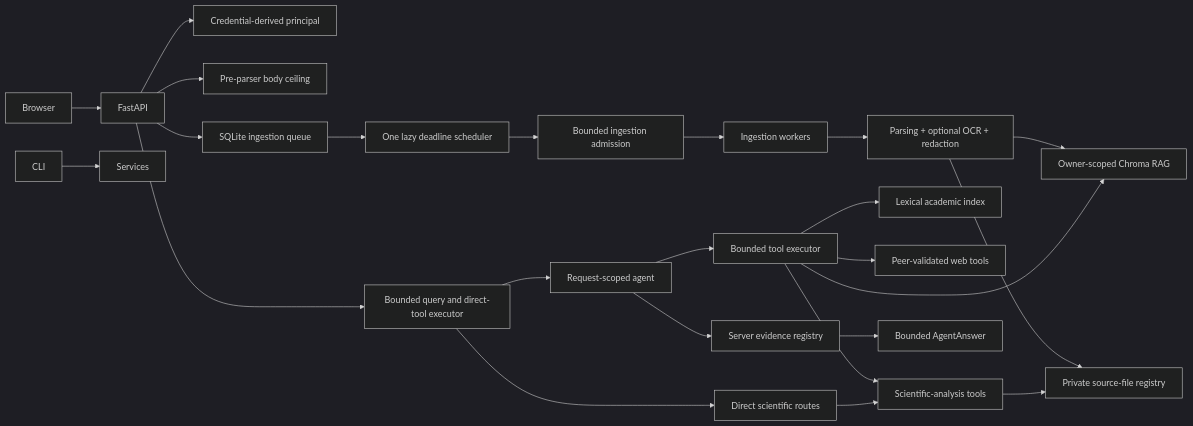
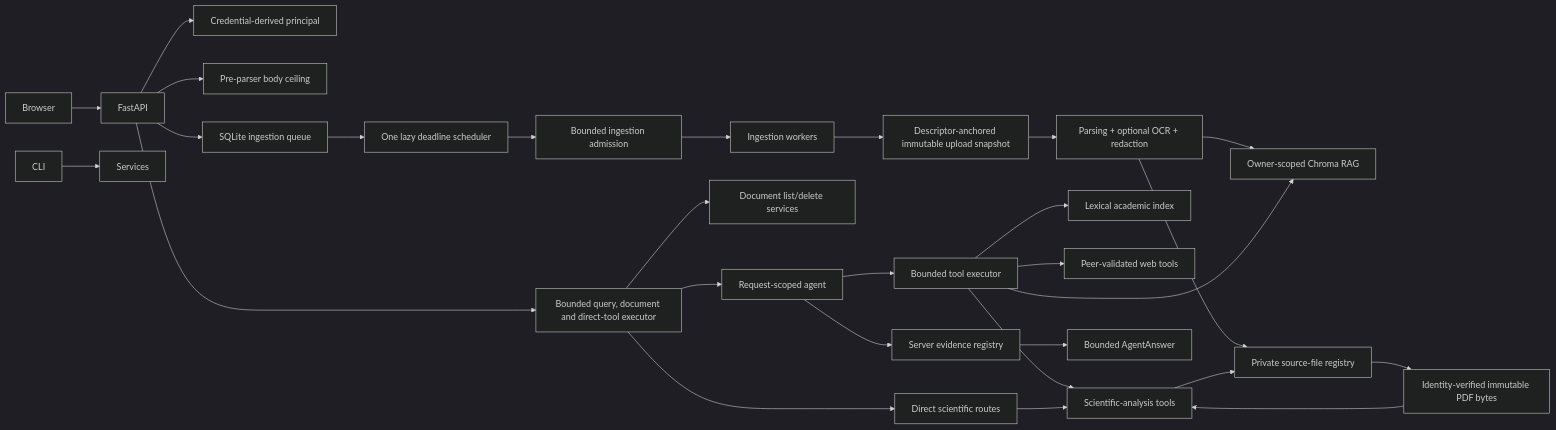
One commit to Anurag9000/RigorousRAG changed the diagram in README.md. Above: the diagram before and after it, drawn with Mermaid (dark theme). The commit also changed other lines of this file, not shown here.

Commit message:
Document anchored storage and ingestion snapshots

````diff
--- a/README.md
+++ b/README.md
@@ -17,26 +17,30 @@
 ```mermaid
 graph LR
     Browser --> FastAPI
     CLI --> Services
     FastAPI --> Principal[Credential-derived principal]
     FastAPI --> BodyLimit[Pre-parser body ceiling]
-    FastAPI --> ResearchPool[Bounded query and direct-tool executor]
+    FastAPI --> ResearchPool[Bounded query, document and direct-tool executor]
     ResearchPool --> Agent[Request-scoped agent]
     ResearchPool --> DirectTools[Direct scientific routes]
+    ResearchPool --> Library[Document list/delete services]
     FastAPI --> Queue[SQLite ingestion queue]
     Queue --> Scheduler[One lazy deadline scheduler]
     Scheduler --> Admission[Bounded ingestion admission]
     Admission --> Workers[Ingestion workers]
-    Workers --> Parser[Parsing + optional OCR + redaction]
+    Workers --> Snapshot[Descriptor-anchored immutable upload snapshot]
+    Snapshot --> Parser[Parsing + optional OCR + redaction]
     Parser --> RAG[Owner-scoped Chroma RAG]
     Parser --> Registry[Private source-file registry]
     Agent --> ToolPool[Bounded tool executor]
     ToolPool --> Academic[Lexical academic index]
     ToolPool --> RAG
     ToolPool --> Web[Peer-validated web tools]
     ToolPool --> Integrity[Scientific-analysis tools]
     DirectTools --> Integrity
     Integrity --> Registry
+    Registry --> VisualBytes[Identity-verified immutable PDF bytes]
+    VisualBytes --> Integrity
     Agent --> Evidence[Server evidence registry]
     Evidence --> Answer[Bounded AgentAnswer]
 ```
````
